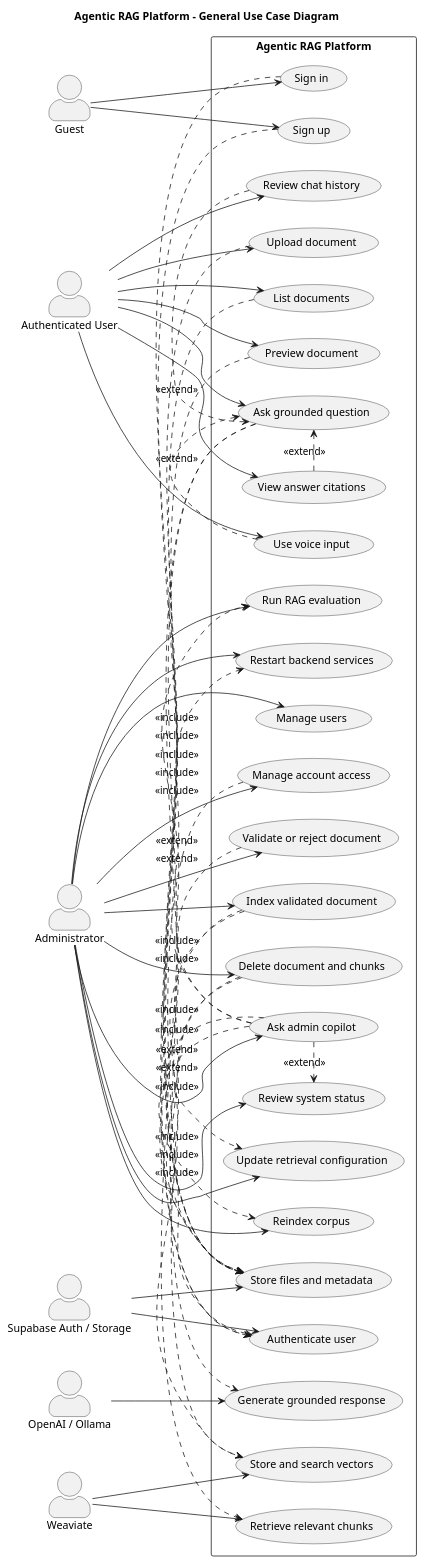
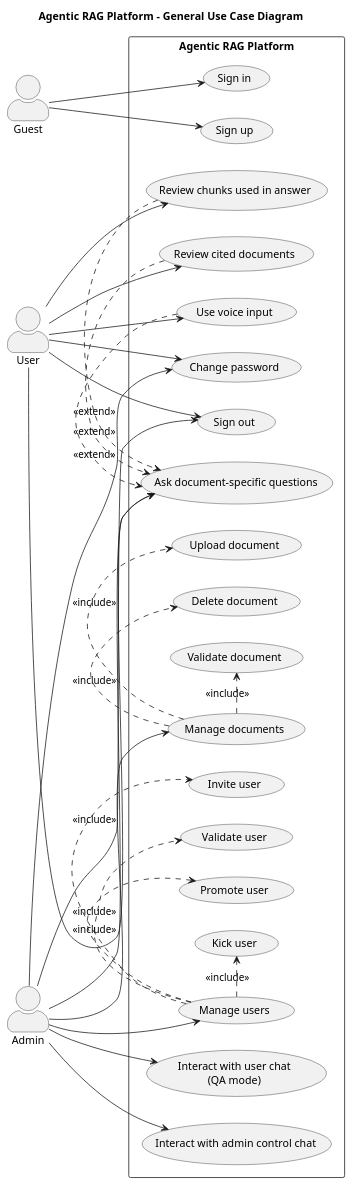
The diagram in docs/diagrams/general-use-case-diagram.puml (nessimhjaiej/Agent), drawn with PlantUML before and after one commit.

Commit message:
use case diagram

```diff
--- a/docs/diagrams/general-use-case-diagram.puml
+++ b/docs/diagrams/general-use-case-diagram.puml
@@ -1,104 +1,70 @@
 @startuml
 left to right direction
 skinparam packageStyle rectangle
 skinparam shadowing false
 skinparam actorStyle awesome
 
 title Agentic RAG Platform - General Use Case Diagram
 
 actor Guest
-actor "Authenticated User" as User
-actor Administrator as Admin
-actor "Supabase Auth / Storage" as Supabase
-actor "OpenAI / Ollama" as LLM
-actor Weaviate
+actor User
+actor Admin
 
 rectangle "Agentic RAG Platform" {
   usecase "Sign up" as UC_SignUp
   usecase "Sign in" as UC_SignIn
-  usecase "Manage account access" as UC_Access
+  usecase "Change password" as UC_ChangePassword
+  usecase "Sign out" as UC_SignOut
 
-  usecase "Ask grounded question" as UC_Ask
-  usecase "View answer citations" as UC_Citations
+  usecase "Ask document-specific questions" as UC_Ask
   usecase "Use voice input" as UC_Voice
-  usecase "Review chat history" as UC_History
+  usecase "Review chunks used in answer" as UC_Chunks
+  usecase "Review cited documents" as UC_CitedDocs
 
+  usecase "Manage documents" as UC_ManageDocs
   usecase "Upload document" as UC_Upload
-  usecase "List documents" as UC_ListDocs
-  usecase "Preview document" as UC_Preview
+  usecase "Delete document" as UC_DeleteDoc
+  usecase "Validate document" as UC_ValidateDoc
 
-  usecase "Validate or reject document" as UC_Validate
-  usecase "Index validated document" as UC_Index
-  usecase "Delete document and chunks" as UC_DeleteDoc
+  usecase "Manage users" as UC_ManageUsers
+  usecase "Invite user" as UC_InviteUser
+  usecase "Validate user" as UC_ValidateUser
+  usecase "Promote user" as UC_PromoteUser
+  usecase "Kick user" as UC_KickUser
 
-  usecase "Ask admin copilot" as UC_AdminChat
-  usecase "Review system status" as UC_Status
-  usecase "Update retrieval configuration" as UC_Config
-  usecase "Reindex corpus" as UC_Reindex
-  usecase "Run RAG evaluation" as UC_Eval
-  usecase "Restart backend services" as UC_Restart
-  usecase "Manage users" as UC_Users
-
-  usecase "Authenticate user" as UC_Auth
-  usecase "Retrieve relevant chunks" as UC_Retrieve
-  usecase "Generate grounded response" as UC_Generate
-  usecase "Store files and metadata" as UC_Store
-  usecase "Store and search vectors" as UC_Vector
+  usecase "Interact with user chat\n(QA mode)" as UC_UserChat
+  usecase "Interact with admin control chat" as UC_AdminChat
 }
 
 Guest --> UC_SignUp
 Guest --> UC_SignIn
 
 User --> UC_Ask
-User --> UC_Citations
 User --> UC_Voice
-User --> UC_History
-User --> UC_Upload
-User --> UC_ListDocs
-User --> UC_Preview
+User --> UC_Chunks
+User --> UC_CitedDocs
+User --> UC_ChangePassword
+User --> UC_SignOut
 
-Admin --> UC_Validate
-Admin --> UC_Index
-Admin --> UC_DeleteDoc
+Admin --> UC_ManageDocs
+Admin --> UC_ManageUsers
+Admin --> UC_UserChat
 Admin --> UC_AdminChat
-Admin --> UC_Status
-Admin --> UC_Config
-Admin --> UC_Reindex
-Admin --> UC_Eval
-Admin --> UC_Restart
-Admin --> UC_Users
-Admin --> UC_Access
+Admin --> UC_Ask
+Admin --> UC_ChangePassword
+Admin --> UC_SignOut
 
-UC_SignUp .> UC_Auth : <<include>>
-UC_SignIn .> UC_Auth : <<include>>
-UC_Access .> UC_Auth : <<include>>
+UC_Voice .> UC_Ask : <<extend>>
+UC_Chunks .> UC_Ask : <<extend>>
+UC_CitedDocs .> UC_Ask : <<extend>>
 
-UC_Ask .> UC_Retrieve : <<include>>
-UC_Ask .> UC_Generate : <<include>>
-UC_Citations .> UC_Ask : <<extend>>
-UC_Voice .> UC_Ask : <<extend>>
-UC_History .> UC_Ask : <<extend>>
+UC_ManageDocs .> UC_Upload : <<include>>
+UC_ManageDocs .> UC_DeleteDoc : <<include>>
+UC_ManageDocs .> UC_ValidateDoc : <<include>>
 
-UC_Upload .> UC_Store : <<include>>
-UC_ListDocs .> UC_Store : <<include>>
-UC_Preview .> UC_Store : <<include>>
-
-UC_Validate .> UC_Store : <<include>>
-UC_Index .> UC_Store : <<include>>
-UC_Index .> UC_Vector : <<include>>
-UC_DeleteDoc .> UC_Store : <<include>>
-UC_DeleteDoc .> UC_Vector : <<include>>
-
-UC_AdminChat .> UC_Status : <<extend>>
-UC_AdminChat .> UC_Config : <<extend>>
-UC_AdminChat .> UC_Reindex : <<extend>>
-UC_AdminChat .> UC_Eval : <<extend>>
-UC_AdminChat .> UC_Restart : <<extend>>
-
-Supabase --> UC_Auth
-Supabase --> UC_Store
-LLM --> UC_Generate
-Weaviate --> UC_Retrieve
-Weaviate --> UC_Vector
+UC_ManageUsers .> UC_InviteUser : <<include>>
+UC_ManageUsers .> UC_ValidateUser : <<include>>
+UC_ManageUsers .> UC_PromoteUser : <<include>>
+UC_ManageUsers .> UC_KickUser : <<include>>
 
 @enduml
```
